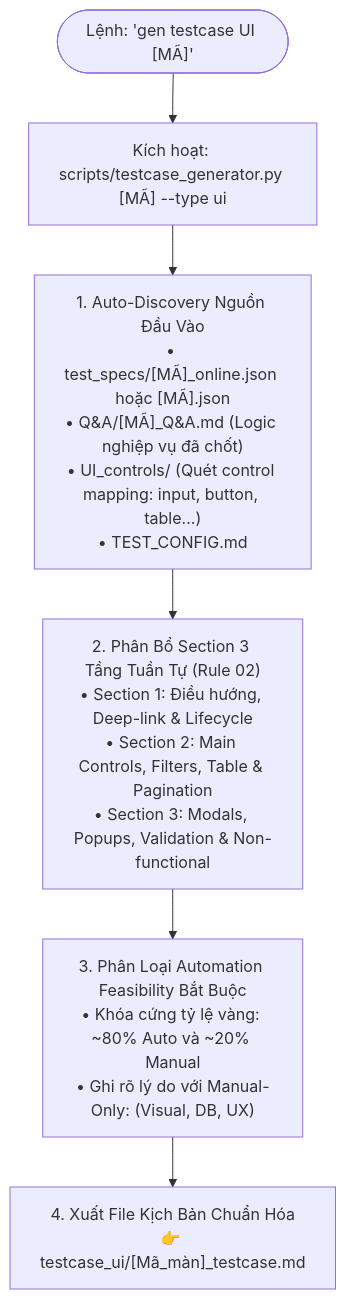
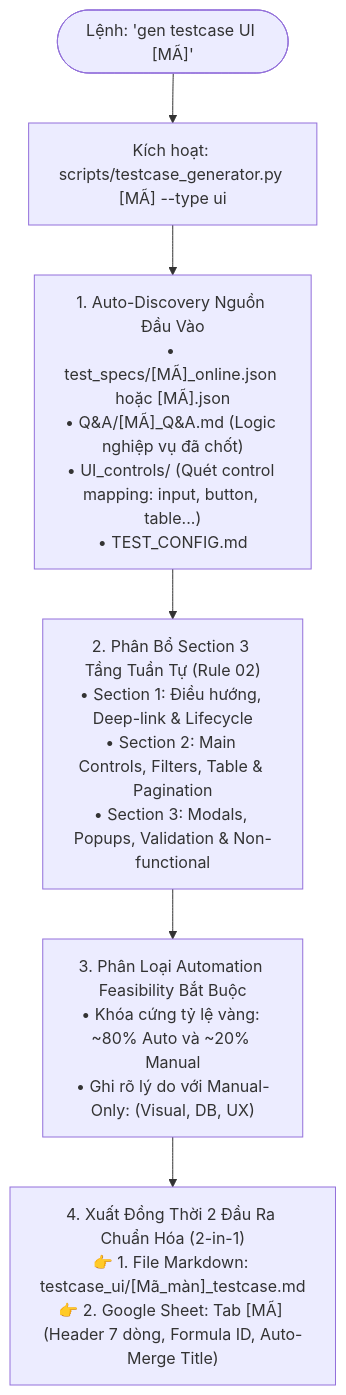
The first of 3 diagrams in Universal_Rules/02_manual_ui_test_case_rule.md (leo1133/SurrealDoll), drawn with Mermaid before and after one commit. The commit also changed other lines of this file and 202 other files, not shown here.

````diff
--- a/Universal_Rules/02_manual_ui_test_case_rule.md
+++ b/Universal_Rules/02_manual_ui_test_case_rule.md
@@ -23,8 +25,8 @@
 ```mermaid
 flowchart TD
     Start4(["Lệnh: 'gen testcase UI [MÃ]'"]) --> Tool4["Kích hoạt: scripts/testcase_generator.py [MÃ] --type ui"]
     Tool4 --> In4["1. Auto-Discovery Nguồn Đầu Vào<br>• test_specs/[MÃ]_online.json hoặc [MÃ].json<br>• Q&A/[MÃ]_Q&A.md (Logic nghiệp vụ đã chốt)<br>• UI_controls/ (Quét control mapping: input, button, table...)<br>• TEST_CONFIG.md"]
     In4 --> Pipe4["2. Phân Bổ Section 3 Tầng Tuần Tự (Rule 02)<br>• Section 1: Điều hướng, Deep-link & Lifecycle<br>• Section 2: Main Controls, Filters, Table & Pagination<br>• Section 3: Modals, Popups, Validation & Non-functional"]
     Pipe4 --> Tag4["3. Phân Loại Automation Feasibility Bắt Buộc<br>• Khóa cứng tỷ lệ vàng: ~80% Auto và ~20% Manual<br>• Ghi rõ lý do với Manual-Only: (Visual, DB, UX)"]
-    Tag4 --> Out4["4. Xuất File Kịch Bản Chuẩn Hóa<br>👉 testcase_ui/[Mã_màn]_testcase.md"]
+    Tag4 --> Out4["4. Xuất Đồng Thời 2 Đầu Ra Chuẩn Hóa (2-in-1)<br>👉 1. File Markdown: testcase_ui/[Mã_màn]_testcase.md<br>👉 2. Google Sheet: Tab [MÃ] (Header 7 dòng, Formula ID, Auto-Merge Title)"]
 ```
````
